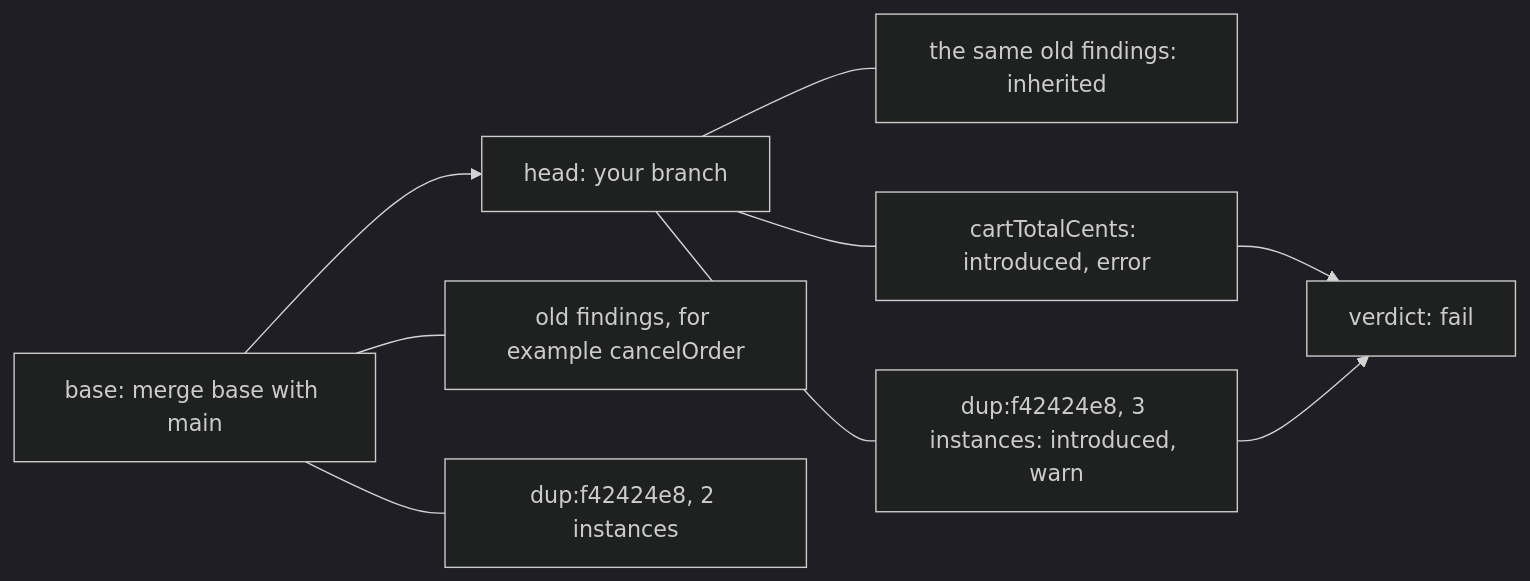
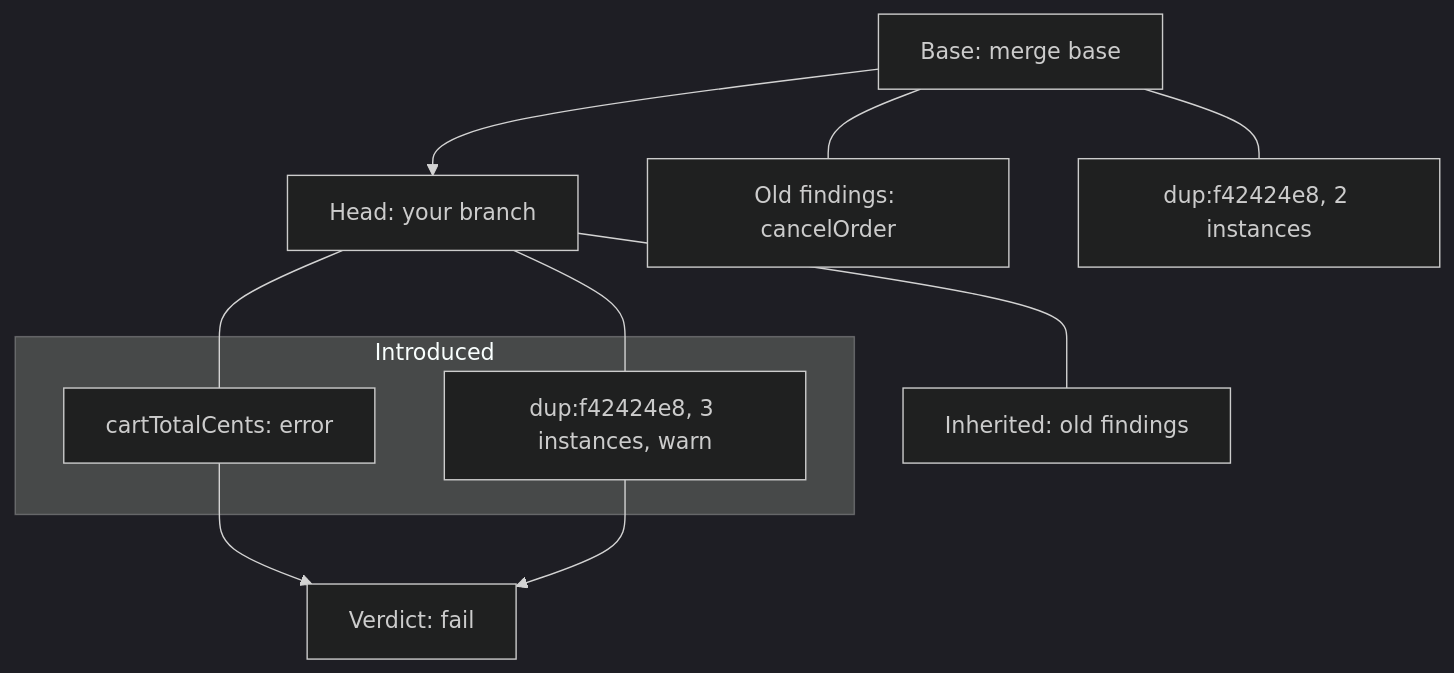
Before and after one commit to fallow-rs/docs: the diagram in concepts/changed-code.mdx, drawn with Mermaid (dark theme). The commit also changed other lines of this file and 12 other files, not shown here.

First line of the commit message:
docs: draw the diagrams so that the site renders each label

````diff
--- a/concepts/changed-code.mdx
+++ b/concepts/changed-code.mdx
@@ -95,11 +95,21 @@
 ```mermaid
-flowchart LR
-  base["base: merge base with main"] --> head["head: your branch"]
-  base --- old["old findings, for example cancelOrder"]
-  base --- oldDup["dup:f42424e8, 2 instances"]
-  head --- inherited["the same old findings: inherited"]
-  head --- newExport["cartTotalCents: introduced, error"]
-  head --- newDup["dup:f42424e8, 3 instances: introduced, warn"]
-  newExport --> verdict["verdict: fail"]
+flowchart TD
+  base["Base: merge base"]
+  head["Head: your branch"]
+  old["Old findings: cancelOrder"]
+  oldDup["dup:f42424e8, 2 instances"]
+  inherited["Inherited: old findings"]
+  subgraph new["Introduced"]
+    newExport["cartTotalCents: error"]
+    newDup["dup:f42424e8, 3 instances, warn"]
+  end
+  verdict["Verdict: fail"]
+  base --> head
+  base --- old
+  base --- oldDup
+  head --- inherited
+  head --- newExport
+  head --- newDup
+  newExport --> verdict
   newDup --> verdict
 ```
````
